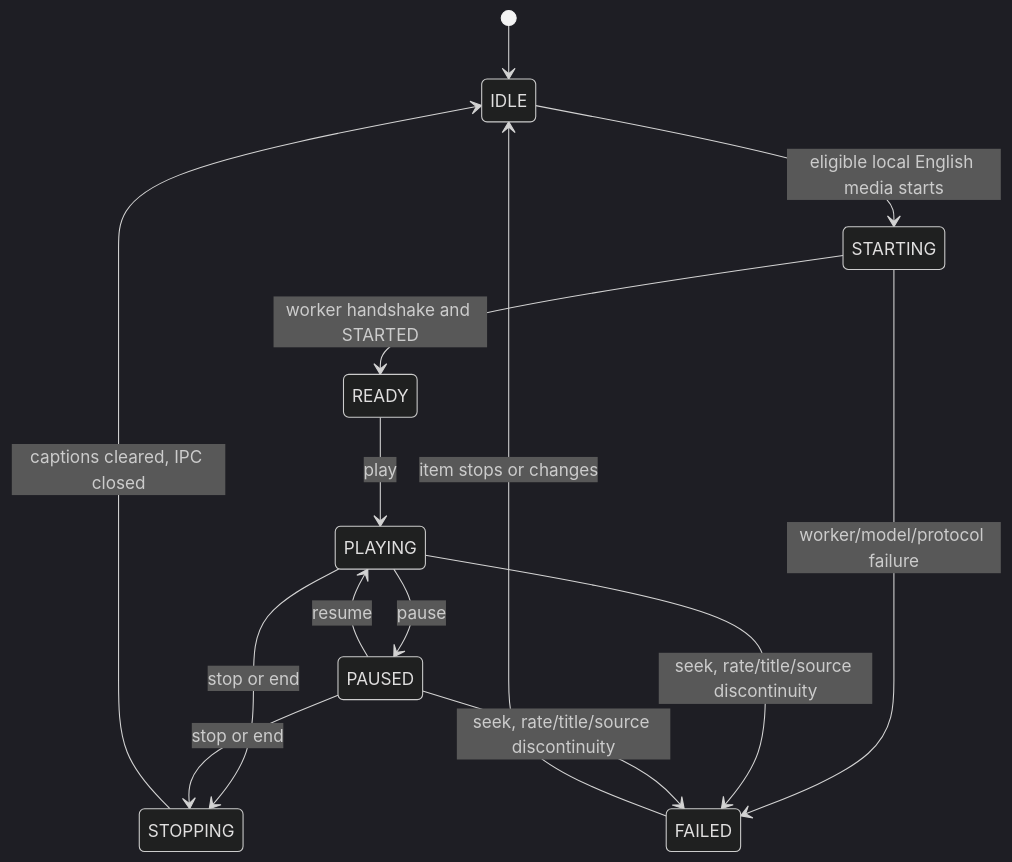
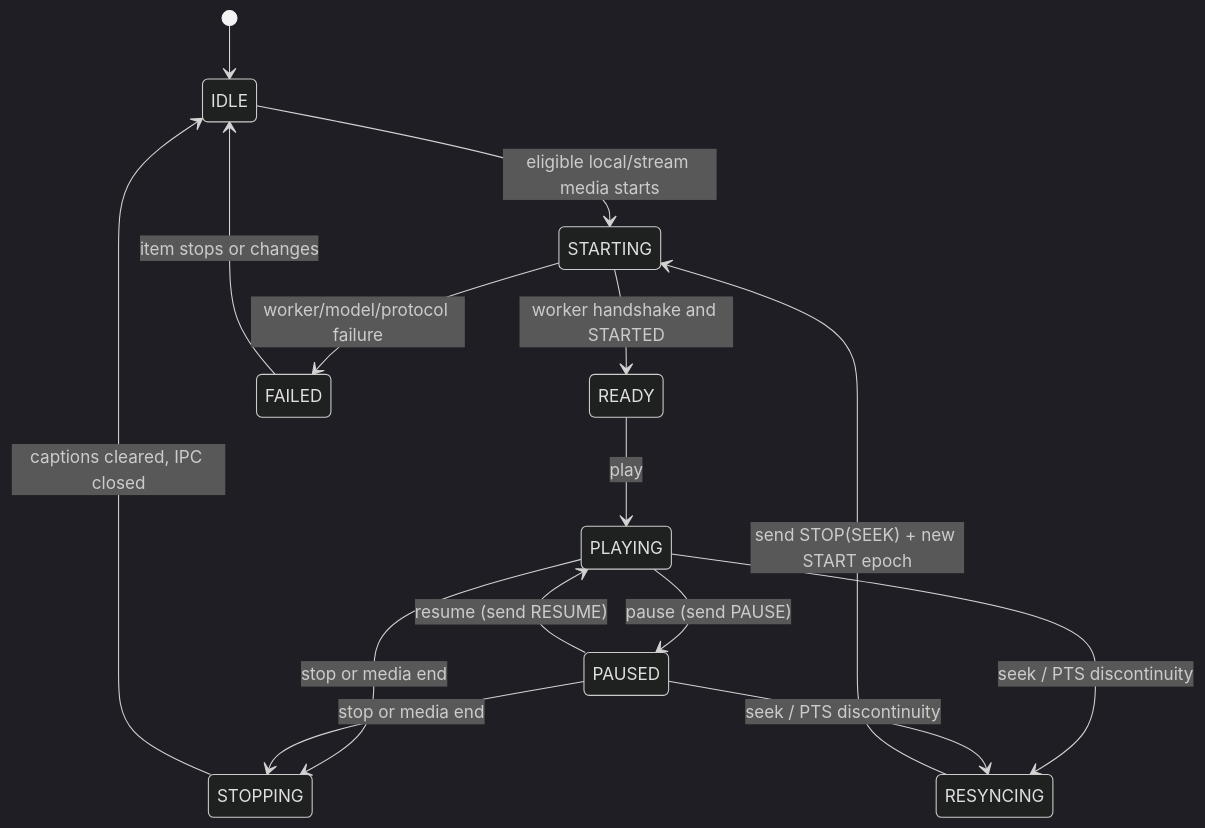
Before and after one commit to rzv04/vlc-whisper: the third of 8 diagrams in docs/diagrams.md, drawn with Mermaid (dark theme). The commit also changed other lines of this file, not shown here.

Commit message:
docs: update diagrams to reflect seeking/pause MVP support and restored Milestone 4

````diff
--- a/docs/diagrams.md
+++ b/docs/diagrams.md
@@ -49,16 +49,17 @@
 ```mermaid
 stateDiagram-v2
     [*] --> IDLE
-    IDLE --> STARTING: eligible local English media starts
+    IDLE --> STARTING: eligible local/stream media starts
     STARTING --> READY: worker handshake and STARTED
     STARTING --> FAILED: worker/model/protocol failure
     READY --> PLAYING: play
-    PLAYING --> PAUSED: pause
-    PAUSED --> PLAYING: resume
-    PLAYING --> STOPPING: stop or end
-    PAUSED --> STOPPING: stop or end
+    PLAYING --> PAUSED: pause (send PAUSE)
+    PAUSED --> PLAYING: resume (send RESUME)
+    PLAYING --> STOPPING: stop or media end
+    PAUSED --> STOPPING: stop or media end
     STOPPING --> IDLE: captions cleared, IPC closed
-    PLAYING --> FAILED: seek, rate/title/source discontinuity
-    PAUSED --> FAILED: seek, rate/title/source discontinuity
+    PLAYING --> RESYNCING: seek / PTS discontinuity
+    PAUSED --> RESYNCING: seek / PTS discontinuity
+    RESYNCING --> STARTING: send STOP(SEEK) + new START epoch
     FAILED --> IDLE: item stops or changes
 ```
````
